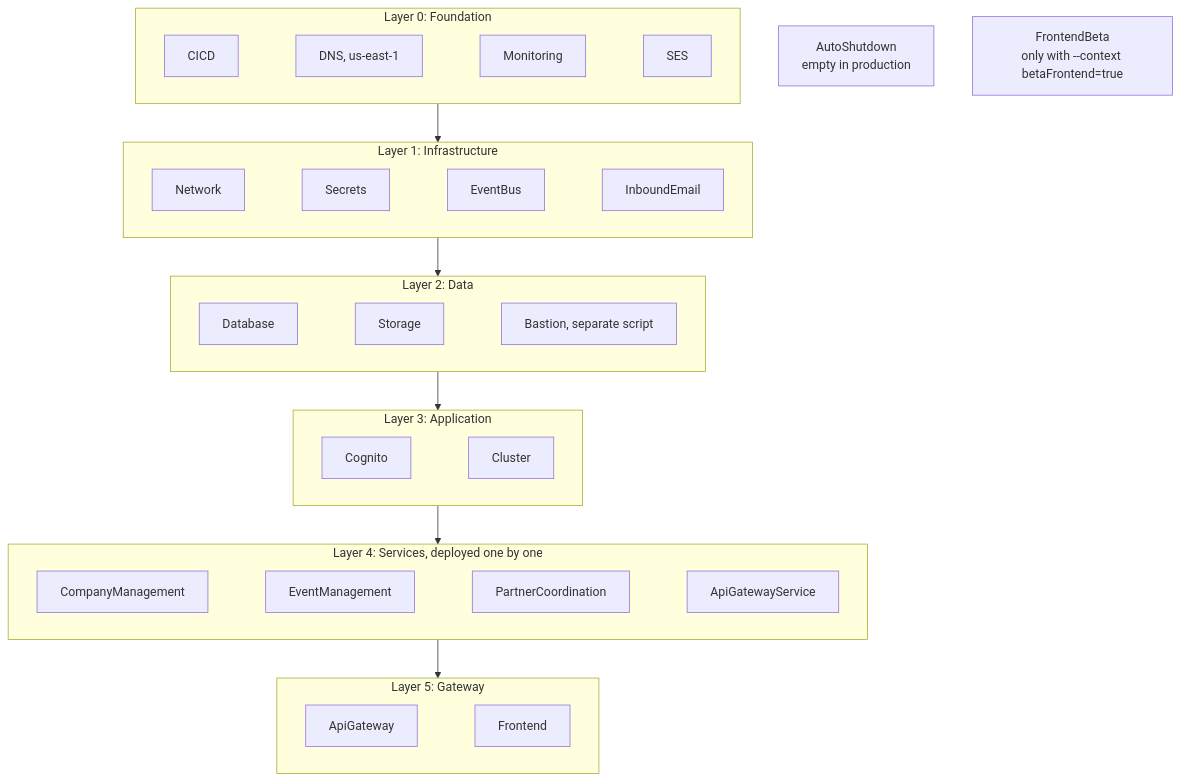
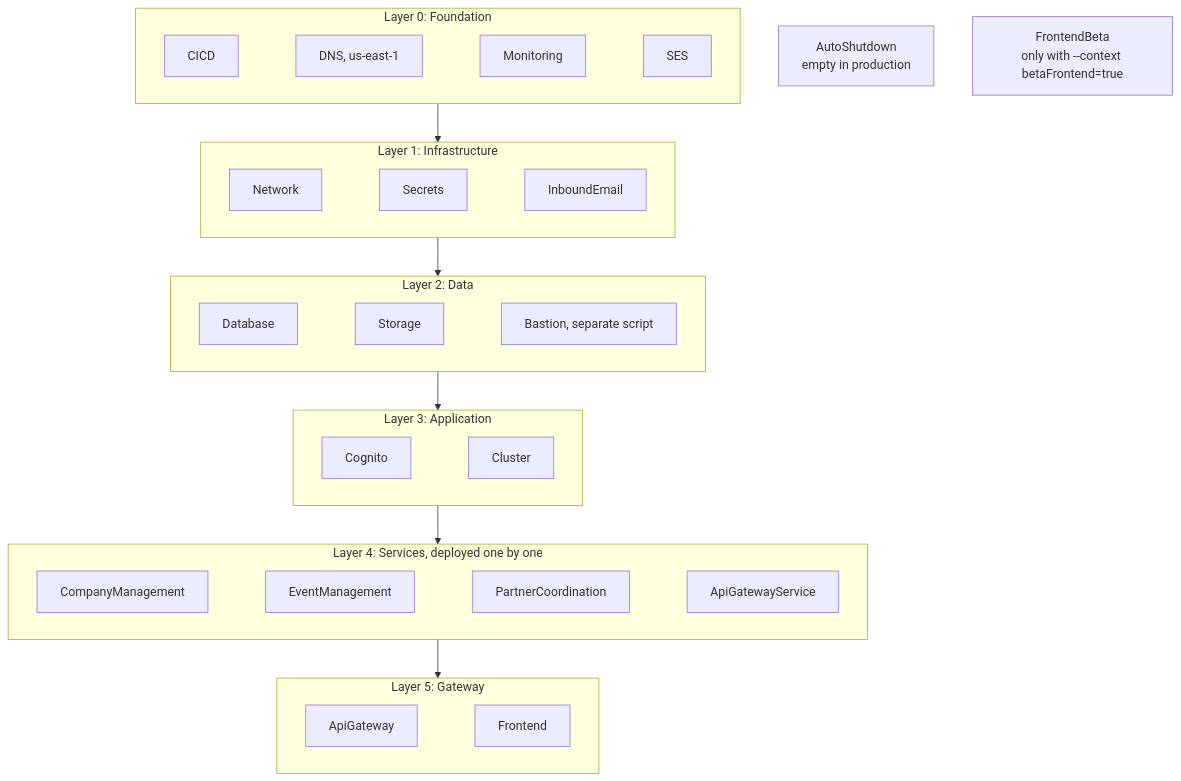
Before and after one commit to nissimbuchs/BATbern2: the third of 26 diagrams in docs/architecture/02-infrastructure-deployment.md, drawn with Mermaid. The commit also changed other lines of this file and 90 other files, not shown here.

First line of the commit message:
refactor(events): domain events stay in process, EventBridge bus removed (Story 17.2 part B)

````diff
--- a/docs/architecture/02-infrastructure-deployment.md
+++ b/docs/architecture/02-infrastructure-deployment.md
@@ -86,25 +86,25 @@
 ```mermaid
 graph TB
     subgraph L0["Layer 0: Foundation"]
         CICD[CICD] ~~~ DNS["DNS, us-east-1"] ~~~ MON[Monitoring] ~~~ SES[SES]
     end
     subgraph L1["Layer 1: Infrastructure"]
-        NET[Network] ~~~ SEC[Secrets] ~~~ BUS[EventBus] ~~~ IN[InboundEmail]
+        NET[Network] ~~~ SEC[Secrets] ~~~ IN[InboundEmail]
     end
     subgraph L2["Layer 2: Data"]
         DB[Database] ~~~ STO[Storage] ~~~ BAS["Bastion, separate script"]
     end
     subgraph L3["Layer 3: Application"]
         COG[Cognito] ~~~ CLU[Cluster]
     end
     subgraph L4["Layer 4: Services, deployed one by one"]
         CM[CompanyManagement] ~~~ EM[EventManagement] ~~~ PC[PartnerCoordination] ~~~ GWS[ApiGatewayService]
     end
     subgraph L5["Layer 5: Gateway"]
         API[ApiGateway] ~~~ FE[Frontend]
     end
     L0 --> L1 --> L2 --> L3 --> L4 --> L5
 
     AS["AutoShutdown<br/>empty in production"]
     BETA["FrontendBeta<br/>only with --context betaFrontend=true"]
 ```
````
